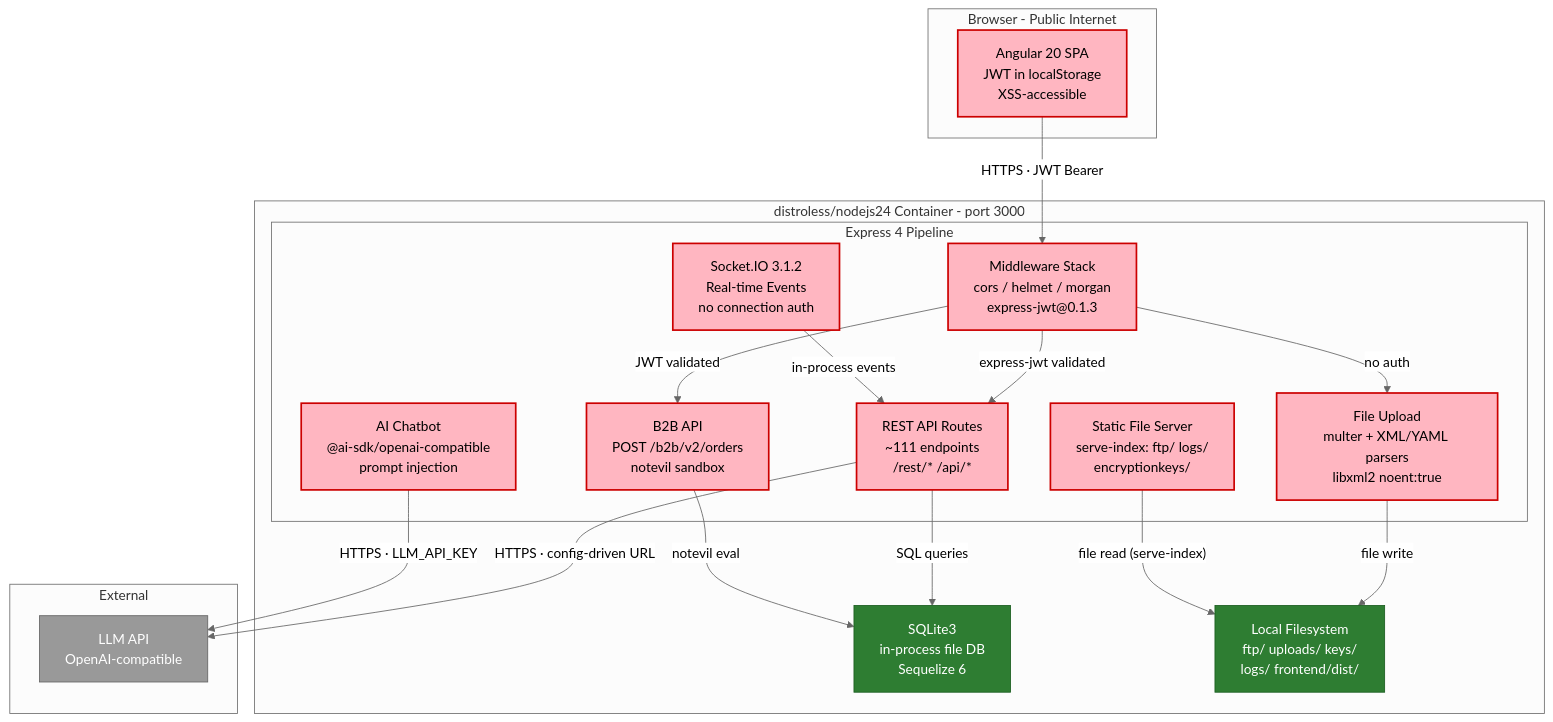
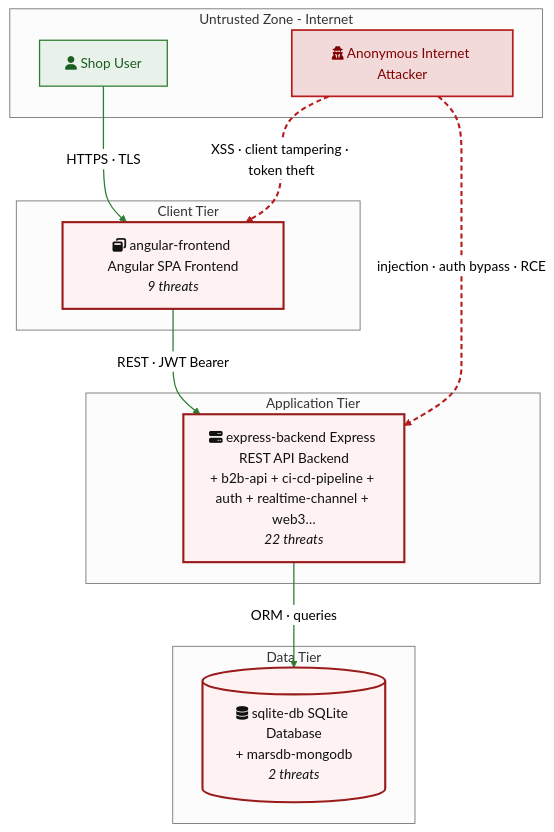
One commit to appsec-foundry/appsec-advisor changed the fifth of 21 diagrams in examples/threat-modeler/threat-model-juice-shop-standard.md. Above: the diagram before and after it, drawn with Mermaid (neutral theme). The commit also changed other lines of this file and 2 other files, not shown here.

````diff
--- a/examples/threat-modeler/threat-model-juice-shop-standard.md
+++ b/examples/threat-modeler/threat-model-juice-shop-standard.md
@@ -399,53 +413,28 @@
 ```mermaid
-graph TD
-    classDef person   fill:#08427B,stroke:#073B6F,color:#fff
-    classDef system   fill:#1168BD,stroke:#0E5CA8,color:#fff
-    classDef external fill:#999,stroke:#666,color:#fff
-    classDef db       fill:#2E7D32,stroke:#1B5E20,color:#fff
-    classDef risk     fill:#FFB6C1,stroke:#c00,color:#000,stroke-width:2px
+flowchart TD
+    subgraph EXT["Untrusted Zone - Internet"]
+        INTERNET_ANON["fa:fa-user-secret Anonymous Internet Attacker"]:::threat
+        VICTIM_REQUIRED["fa:fa-user Shop User"]:::legit
+    end
+    subgraph CLIENT["Client Tier"]
+        angular_frontend["fa:fa-window-restore angular-frontend Angular SPA Frontend<br/><i>9 threats</i>"]:::risk
+    end
+    subgraph APP["Application Tier"]
+        express_backend["fa:fa-server express-backend Express REST API Backend<br/>+ b2b-api + ci-cd-pipeline + auth + realtime-channel + web3…<br/><i>22 threats</i>"]:::risk
+    end
+    subgraph DATA["Data Tier"]
+        sqlite_db[("fa:fa-database sqlite-db SQLite Database<br/>+ marsdb-mongodb<br/><i>2 threats</i>")]:::risk
+    end
+    VICTIM_REQUIRED -->|"HTTPS · TLS"| angular_frontend
+    angular_frontend -->|"REST · JWT Bearer"| express_backend
+    express_backend -->|"ORM · queries"| sqlite_db
+    INTERNET_ANON -.->|"injection · auth bypass · RCE"| express_backend
+    INTERNET_ANON -.->|"XSS · client tampering · token theft"| angular_frontend
 
-    subgraph BROWSER["Browser - Public Internet"]
-        SPA["Angular 20 SPA<br/>JWT in localStorage<br/>XSS-accessible"]
-    end
-
-    subgraph CONTAINER["distroless/nodejs24 Container - port 3000"]
-        subgraph EXPRESS["Express 4 Pipeline"]
-            MW["Middleware Stack<br/>cors / helmet / morgan<br/>express-jwt@0.1.3"]
-            %% component: rest-api
-            REST["REST API Routes<br/>~111 endpoints<br/>/rest/* /api/*"]
-            %% component: b2b-api
-            B2B["B2B API<br/>POST /b2b/v2/orders<br/>notevil sandbox"]
-            %% component: file-upload
-            FileUp["File Upload<br/>multer + XML/YAML parsers<br/>libxml2 noent:true"]
-            %% component: chatbot
-            Chatbot["AI Chatbot<br/>@ai-sdk/openai-compatible<br/>prompt injection"]
-            %% component: websocket
-            WSGateway["Socket.IO 3.1.2<br/>Real-time Events<br/>no connection auth"]
-            %% component: static-files
-            Static["Static File Server<br/>serve-index: ftp/ logs/<br/>encryptionkeys/"]
-        end
-        %% component: sqlite-db
-        DB["SQLite3<br/>in-process file DB<br/>Sequelize 6"]
-        FS["Local Filesystem<br/>ftp/ uploads/ keys/<br/>logs/ frontend/dist/"]
-    end
-
-    subgraph EXT["External"]
-        LLM_API["LLM API<br/>OpenAI-compatible"]
-    end
-
-    SPA -->|"HTTPS · JWT Bearer"| MW
-    MW -->|"express-jwt validated"| REST
-    MW -->|"JWT validated"| B2B
-    MW -->|"no auth"| FileUp
-    REST -->|"SQL queries"| DB
-    REST -->|"HTTPS · config-driven URL"| LLM_API
-    Chatbot -->|"HTTPS · LLM_API_KEY"| LLM_API
-    B2B -->|"notevil eval"| DB
-    FileUp -->|"file write"| FS
-    Static -->|"file read (serve-index)"| FS
-    WSGateway -->|"in-process events"| REST
-
-    class SPA,MW,REST,B2B,FileUp,Chatbot,WSGateway,Static risk
-    class DB,FS db
-    class LLM_API external
+    classDef legit fill:#e8f1ea,stroke:#2e7d32,color:#1b5e20,stroke-width:1.5px
+    classDef threat fill:#f3dada,stroke:#b71c1c,color:#7f0000,stroke-width:2px
+    classDef external fill:#f2f2f2,stroke:#424242,color:#212121,stroke-width:1.5px
+    classDef risk fill:#fef2f2,stroke:#991b1b,color:#111,stroke-width:2.5px
+    linkStyle 0,1,2 stroke:#2e7d32,stroke-width:1.5px
+    linkStyle 3,4 stroke:#b71c1c,stroke-width:2.5px,stroke-dasharray:6 4
 ```
````
